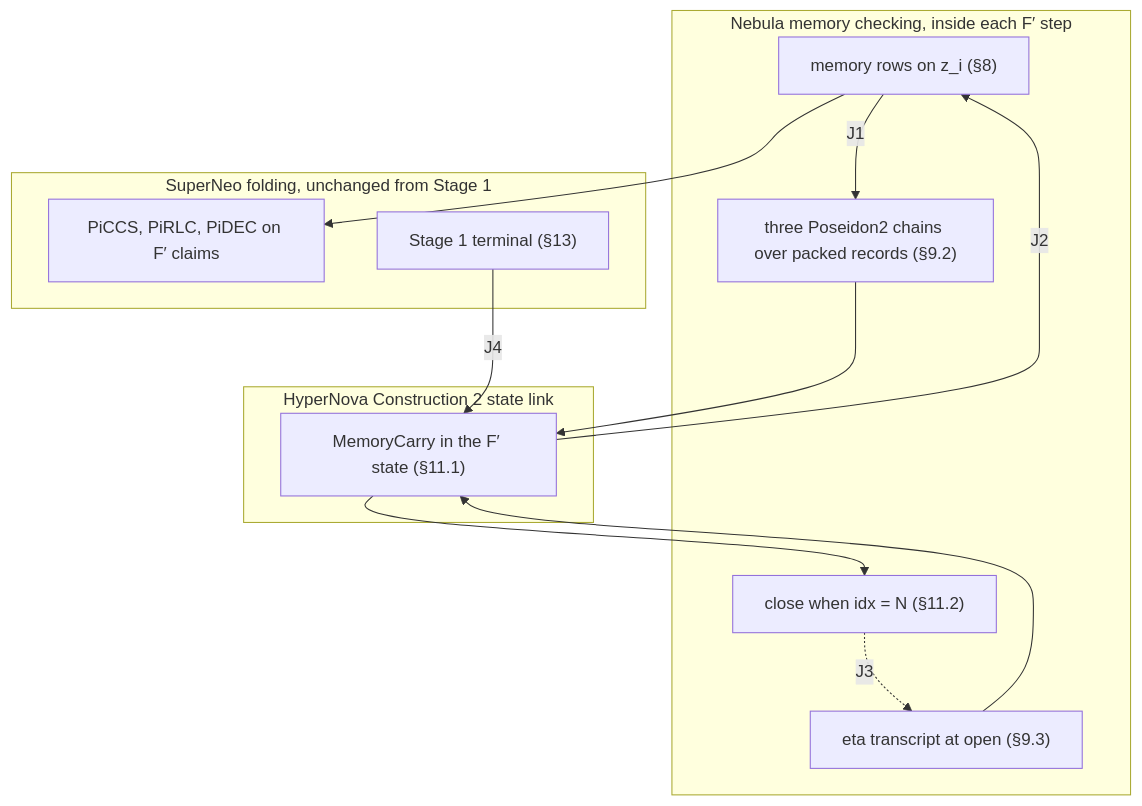
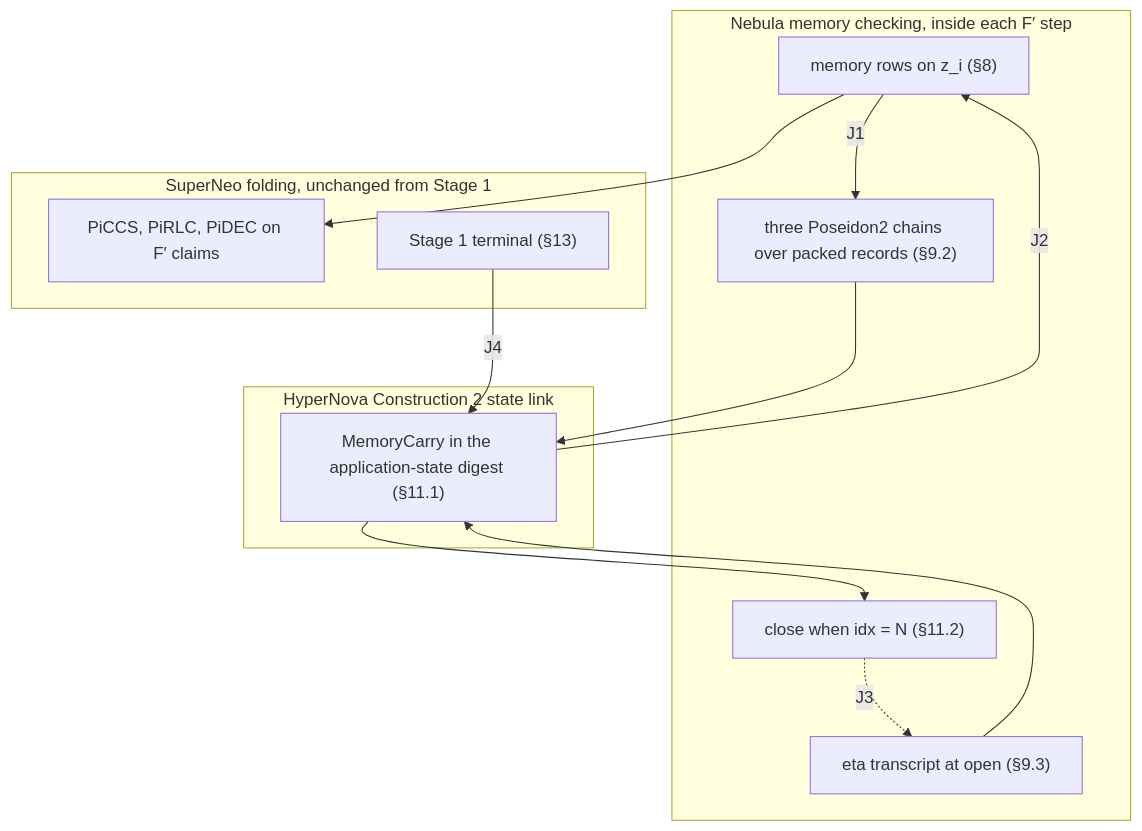
One commit to LFDT-Nightstream/Nightstream changed the diagram in specs/nebula-superneo.md. Above: the diagram before and after it, drawn with Mermaid. The commit also changed other lines of this file and 1 other file, not shown here.

First line of the commit message:
Bind the memory carry through the application-state digest

````diff
--- a/specs/nebula-superneo.md
+++ b/specs/nebula-superneo.md
@@ -77,24 +79,24 @@
 ```mermaid
 flowchart TB
   subgraph NEB["Nebula memory checking, inside each F′ step"]
     ROWS["memory rows on z_i (§8)"]
     CHAIN["three Poseidon2 chains over packed records (§9.2)"]
     ETA["eta transcript at open (§9.3)"]
     CLOSE["close when idx = N (§11.2)"]
   end
   subgraph HN["HyperNova Construction 2 state link"]
-    CARRY["MemoryCarry in the F′ state (§11.1)"]
+    CARRY["MemoryCarry in the application-state digest (§11.1)"]
   end
   subgraph SN["SuperNeo folding, unchanged from Stage 1"]
     FOLD["PiCCS, PiRLC, PiDEC on F′ claims"]
     TERM["Stage 1 terminal (§13)"]
   end
   ROWS -- "J1" --> CHAIN
   CHAIN --> CARRY
   ETA --> CARRY
   CARRY -- "J2" --> ROWS
   CARRY --> CLOSE
   CLOSE -. "J3" .-> ETA
   ROWS --> FOLD
   TERM -- "J4" --> CARRY
 ```
````
